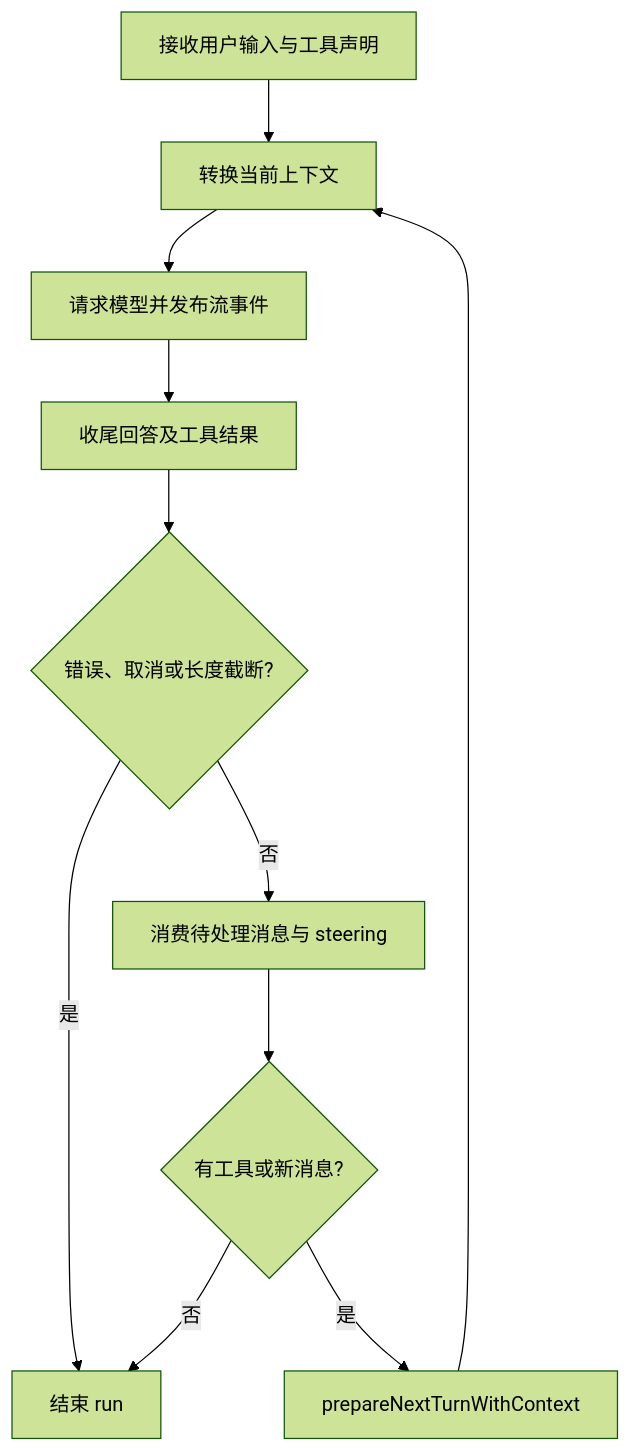
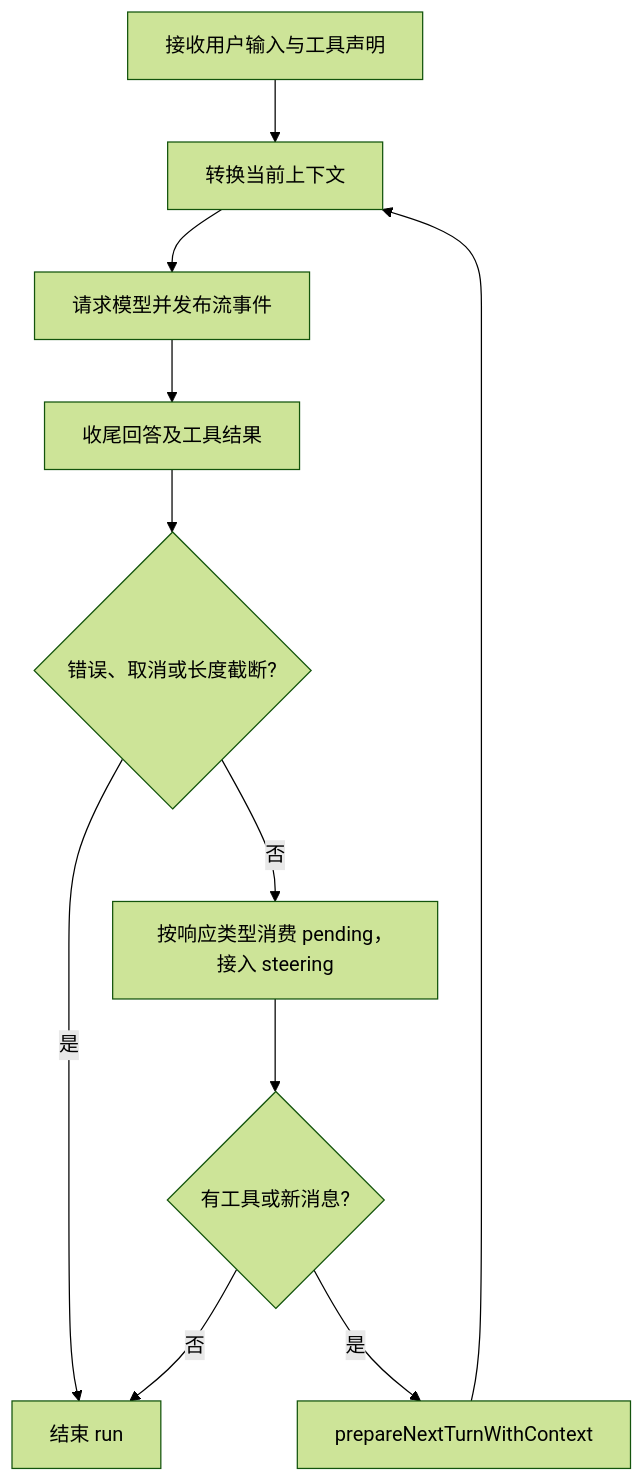
Before and after one commit to 1316151417/zpi: the diagram in docs/internals/agent-loop.md, drawn with Mermaid (forest theme). The commit also changed other lines of this file and 8 other files, not shown here.

````diff
--- a/docs/internals/agent-loop.md
+++ b/docs/internals/agent-loop.md
@@ -9,13 +9,13 @@
 ```mermaid
 flowchart TD
   A[接收用户输入与工具声明] --> B[转换当前上下文]
   B --> C[请求模型并发布流事件]
   C --> D[收尾回答及工具结果]
   D --> E{错误、取消或长度截断?}
   E -->|是| H[结束 run]
-  E -->|否| F[消费待处理消息与 steering]
+  E -->|否| F[按响应类型消费 pending，接入 steering]
   F --> G{有工具或新消息?}
   G -->|否| H
   G -->|是| I[prepareNextTurnWithContext]
   I --> B
 ```
````
